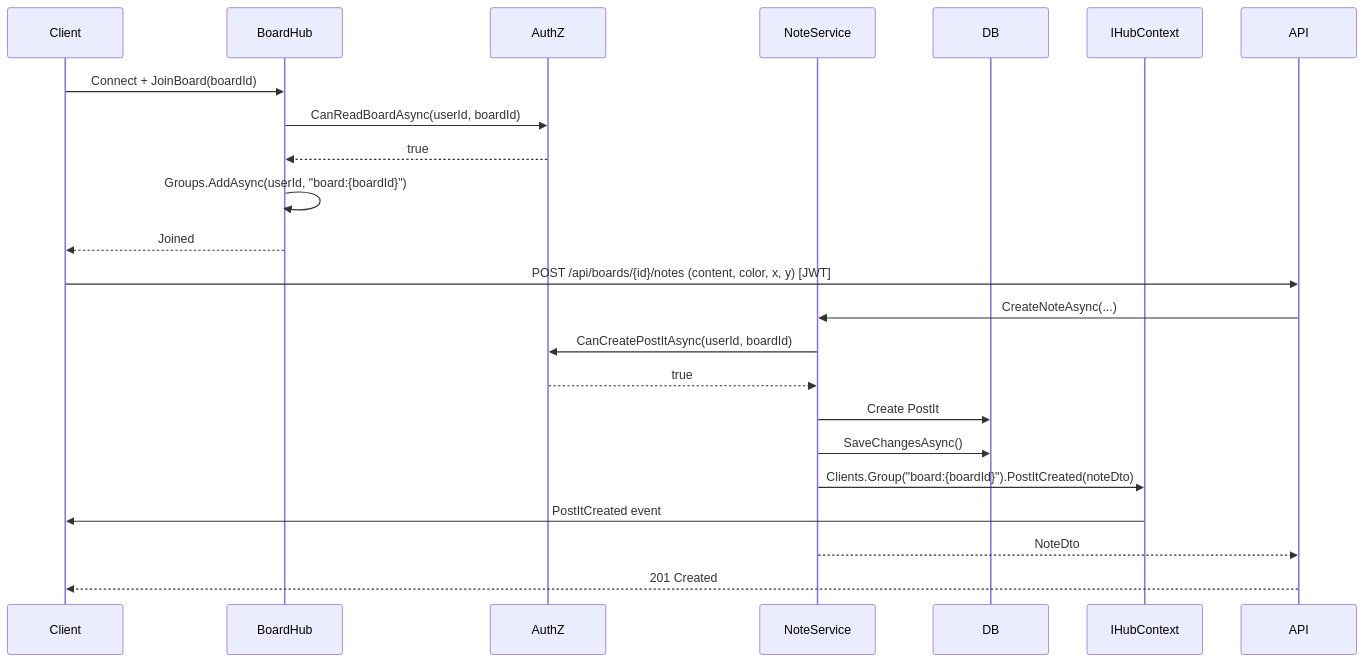
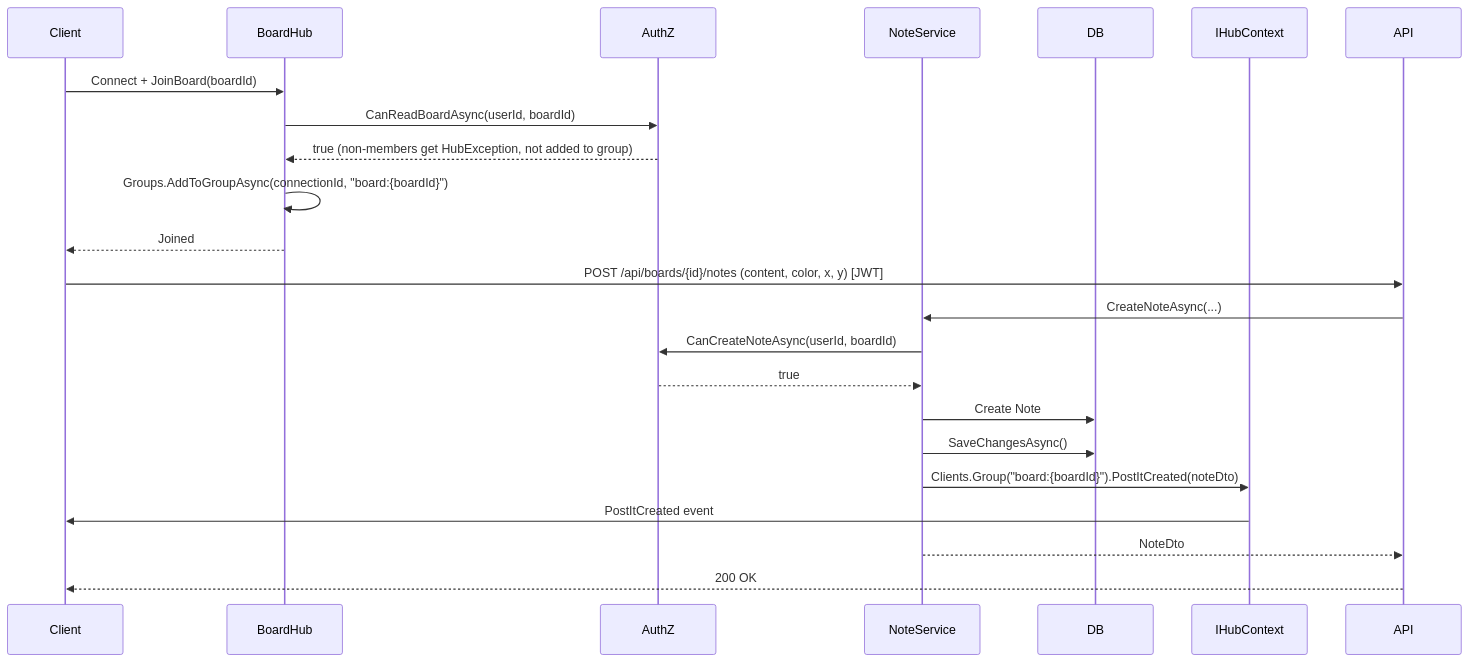
The fifth of 5 diagrams in apps/server/ARCHITECTURE.md (ugogalliano/Pinboard), drawn with Mermaid before and after one commit. The commit also changed other lines of this file and 3 other files, not shown here.

Commit message:
chore(server): remove placeholder test; refresh AGENTS/ARCHITECTURE/README to match remediated code

````diff
--- a/apps/server/ARCHITECTURE.md
+++ b/apps/server/ARCHITECTURE.md
@@ -231,26 +230,26 @@
 ```mermaid
 sequenceDiagram
     participant Client
     participant BoardHub
     participant AuthZ
     participant NoteService
     participant DB
     participant IHubContext
 
     Client->>BoardHub: Connect + JoinBoard(boardId)
     BoardHub->>AuthZ: CanReadBoardAsync(userId, boardId)
-    AuthZ-->>BoardHub: true
-    BoardHub->>BoardHub: Groups.AddAsync(userId, "board:{boardId}")
+    AuthZ-->>BoardHub: true (non-members get HubException, not added to group)
+    BoardHub->>BoardHub: Groups.AddToGroupAsync(connectionId, "board:{boardId}")
     BoardHub-->>Client: Joined
 
     Client->>API: POST /api/boards/{id}/notes (content, color, x, y) [JWT]
     API->>NoteService: CreateNoteAsync(...)
-    NoteService->>AuthZ: CanCreatePostItAsync(userId, boardId)
+    NoteService->>AuthZ: CanCreateNoteAsync(userId, boardId)
     AuthZ-->>NoteService: true
-    NoteService->>DB: Create PostIt
+    NoteService->>DB: Create Note
     NoteService->>DB: SaveChangesAsync()
     NoteService->>IHubContext: Clients.Group("board:{boardId}").PostItCreated(noteDto)
     IHubContext->>Client: PostItCreated event
     NoteService-->>API: NoteDto
-    API-->>Client: 201 Created
+    API-->>Client: 200 OK
 ```
````
